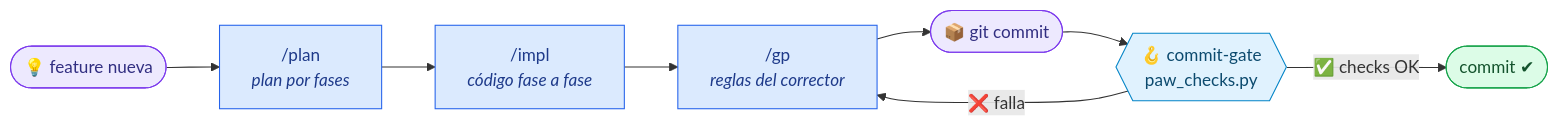
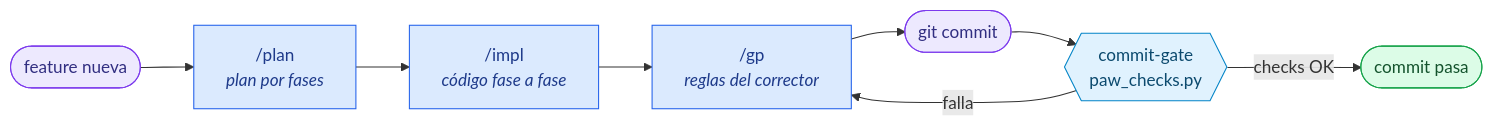
Before and after one commit to SebasCaules/PAW-AgenticCoding-Kit: the first of 3 diagrams in README.md, drawn with Mermaid. The commit also changed other lines of this file and 3 other files, not shown here.

Commit message:
feat: add SVG diagrams for kit overview — include dark and light mode versions

````diff
--- a/README.md
+++ b/README.md
@@ -135,19 +88,19 @@
 ```mermaid
 flowchart LR
-    ID(["💡 feature nueva"]) --> PL["/plan<br/><i>plan por fases</i>"]
+    ID(["feature nueva"]) --> PL["/plan<br/><i>plan por fases</i>"]
     PL --> IM["/impl<br/><i>código fase a fase</i>"]
     IM --> GP["/gp<br/><i>reglas del corrector</i>"]
-    GP --> CM(["📦 git commit"])
-    CM --> GT{{"🪝 commit-gate<br/>paw_checks.py"}}
-    GT -- "✅ checks OK" --> OK(["commit ✔"])
-    GT -- "❌ falla" --> GP
+    GP --> CM(["git commit"])
+    CM --> GT{{"commit-gate<br/>paw_checks.py"}}
+    GT -- "checks OK" --> OK(["commit pasa"])
+    GT -- "falla" --> GP
 
     classDef vos fill:#EDE9FE,stroke:#7C3AED,color:#312E81
     classDef kit fill:#DBEAFE,stroke:#2563EB,color:#1E3A8A
     classDef gate fill:#E0F2FE,stroke:#0284C7,color:#0C4A6E
     classDef ok fill:#DCFCE7,stroke:#16A34A,color:#14532D
     class ID,CM vos
     class PL,IM,GP kit
     class GT gate
     class OK ok
 ```
````
